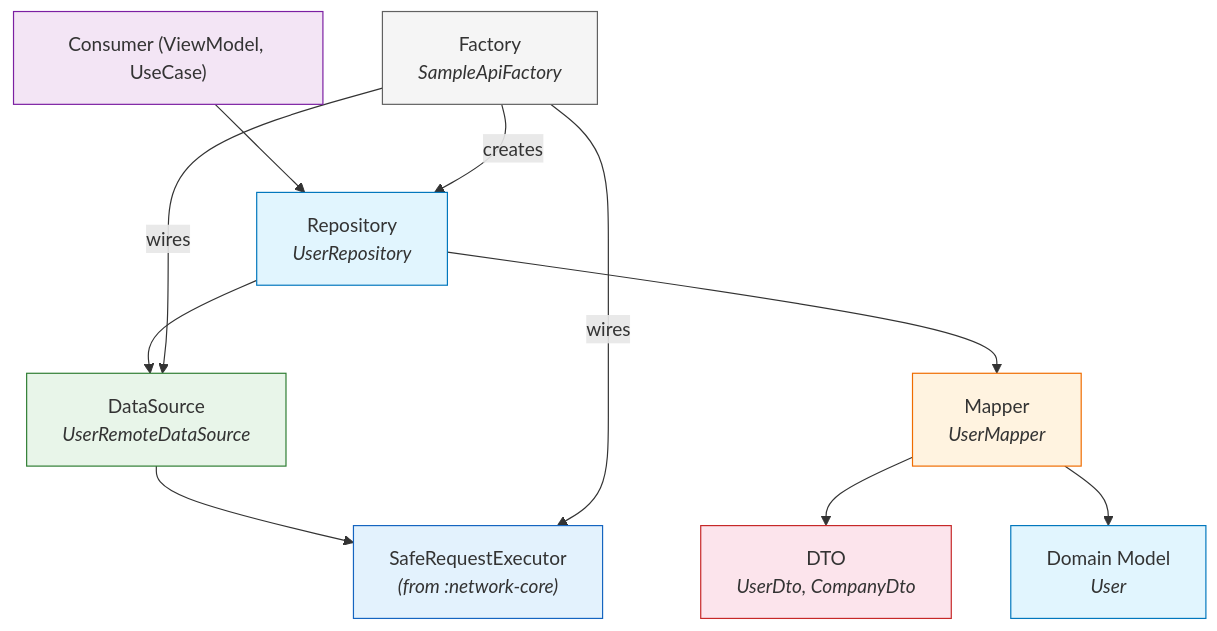
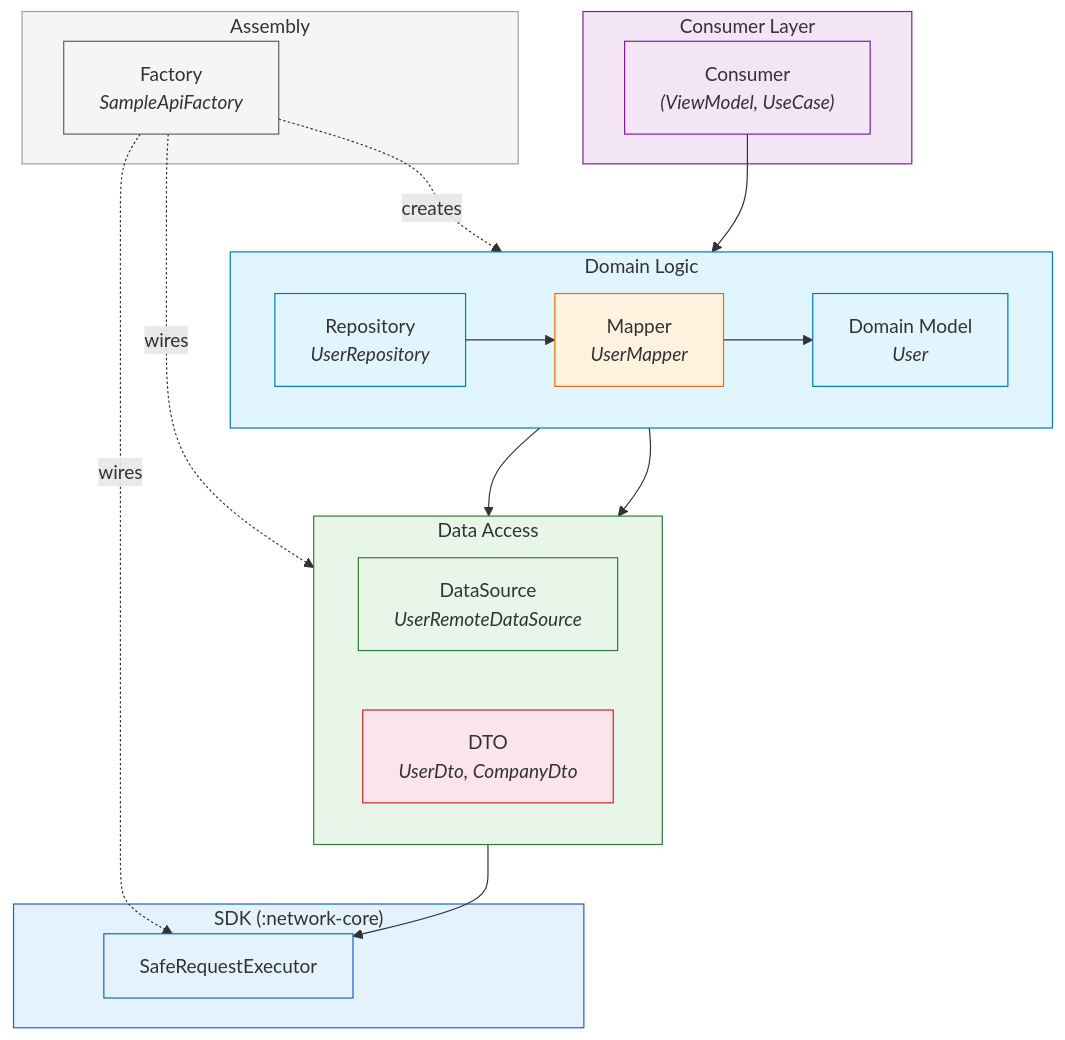
The first of 2 diagrams in sample-api/README.md (DanCrRdz93/core-data-platform), drawn with Mermaid before and after one commit. The commit also changed other lines of this file and 8 other files, not shown here.

Commit message:
update diagrams

````diff
--- a/sample-api/README.md
+++ b/sample-api/README.md
@@ -36,30 +36,52 @@
 ```mermaid
 graph TD
-    CONSUMER["Consumer (ViewModel, UseCase)"]
-    REPO["Repository<br/><i>UserRepository</i>"]
-    DS["DataSource<br/><i>UserRemoteDataSource</i>"]
-    MAPPER["Mapper<br/><i>UserMapper</i>"]
-    DTO["DTO<br/><i>UserDto, CompanyDto</i>"]
-    MODEL["Domain Model<br/><i>User</i>"]
-    FACTORY["Factory<br/><i>SampleApiFactory</i>"]
-    EXEC["SafeRequestExecutor<br/><i>(from :network-core)</i>"]
+    subgraph consumer_layer["Consumer Layer"]
+        CONSUMER["Consumer<br/><i>(ViewModel, UseCase)</i>"]
+    end
+
+    subgraph domain_layer["Domain Logic"]
+        direction LR
+        REPO["Repository<br/><i>UserRepository</i>"]
+        MAPPER["Mapper<br/><i>UserMapper</i>"]
+        MODEL["Domain Model<br/><i>User</i>"]
+    end
+
+    subgraph data_layer["Data Access"]
+        direction LR
+        DS["DataSource<br/><i>UserRemoteDataSource</i>"]
+        DTO["DTO<br/><i>UserDto, CompanyDto</i>"]
+    end
+
+    subgraph sdk_layer["SDK (:network-core)"]
+        EXEC["SafeRequestExecutor"]
+    end
+
+    subgraph wiring["Assembly"]
+        FACTORY["Factory<br/><i>SampleApiFactory</i>"]
+    end
 
     CONSUMER --> REPO
     REPO --> DS
     REPO --> MAPPER
-    DS --> EXEC
     MAPPER --> DTO
     MAPPER --> MODEL
-    FACTORY -->|creates| REPO
-    FACTORY -->|wires| DS
-    FACTORY -->|wires| EXEC
+    DS --> EXEC
 
+    FACTORY -.->|creates| REPO
+    FACTORY -.->|wires| DS
+    FACTORY -.->|wires| EXEC
+
+    style consumer_layer fill:#f3e5f5,stroke:#7b1fa2
+    style domain_layer fill:#e1f5fe,stroke:#0277bd
+    style data_layer fill:#e8f5e9,stroke:#2e7d32
+    style sdk_layer fill:#e3f2fd,stroke:#1565c0
+    style wiring fill:#f5f5f5,stroke:#9e9e9e
     style CONSUMER fill:#f3e5f5,stroke:#7b1fa2
     style REPO fill:#e1f5fe,stroke:#0277bd
     style DS fill:#e8f5e9,stroke:#2e7d32
     style MAPPER fill:#fff3e0,stroke:#ef6c00
     style DTO fill:#fce4ec,stroke:#c62828
     style MODEL fill:#e1f5fe,stroke:#0277bd
     style FACTORY fill:#f5f5f5,stroke:#616161
     style EXEC fill:#e3f2fd,stroke:#1565c0
 ```
````
